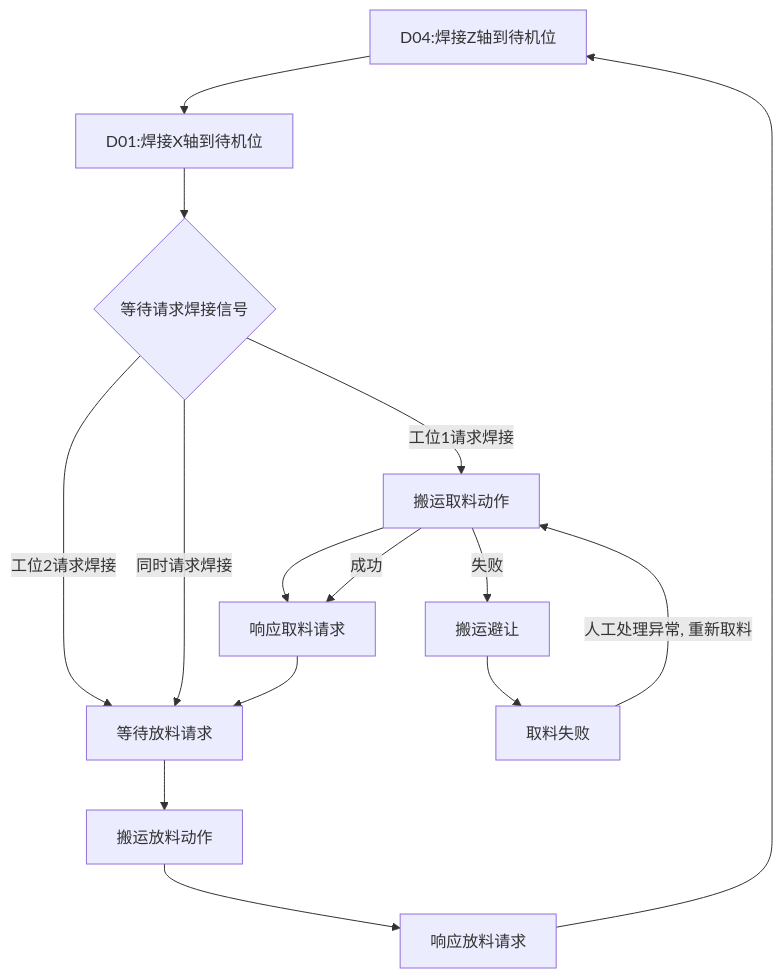
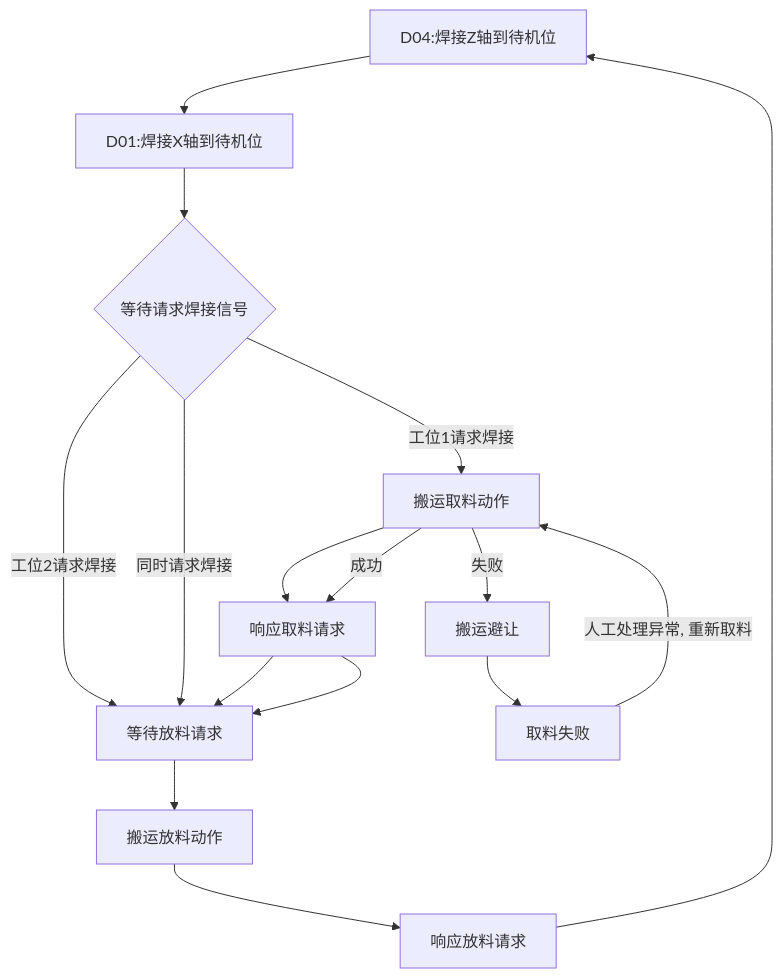
One commit to PengKun1/iodraw-files changed the diagram in all/OP10焊接工位自动流程.md. Above: the diagram before and after it, drawn with Mermaid.

Commit message:
2024-08-06 16:56:23 update

````diff
--- a/all/OP10焊接工位自动流程.md
+++ b/all/OP10焊接工位自动流程.md
@@ -1,19 +1,20 @@
 ```mermaid
 graph TD
 10[D04:焊接Z轴到待机位]-->20
 20[D01:焊接X轴到待机位]-->30
 30{等待请求焊接信号}-->|工位1请求焊接|40
 30-->|工位2请求焊接|60
 30-->|同时请求焊接|60
 40[D01:焊接X轴到焊接位]-->50
+50[D01:焊接X轴到焊接位]-->60
 40[搬运取料动作]-->|成功|50
 40-->|失败|90
 50[响应取料请求]-->60
 60[等待放料请求]-->70
 70[搬运放料动作]-->80
 80[响应放料请求]-->10
 
 90[搬运避让]-->900
 
 900[取料失败]-->|人工处理异常, 重新取料|40
 ```
````
